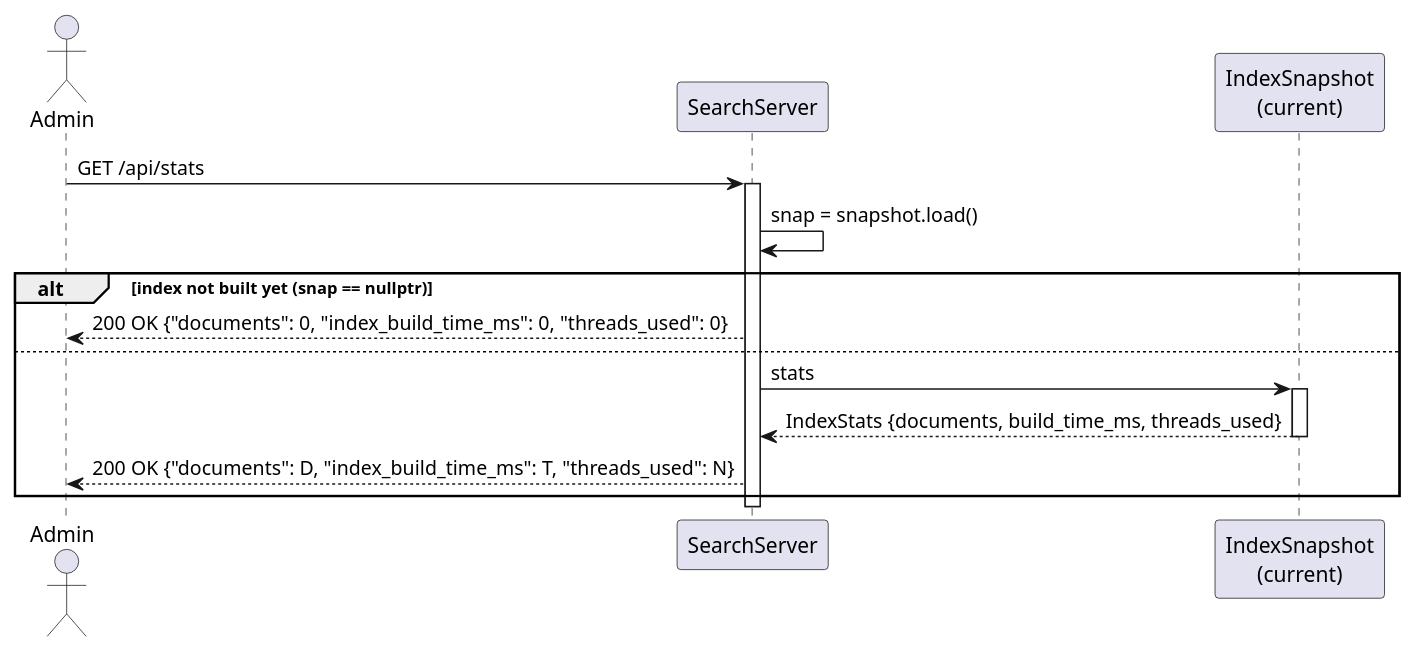
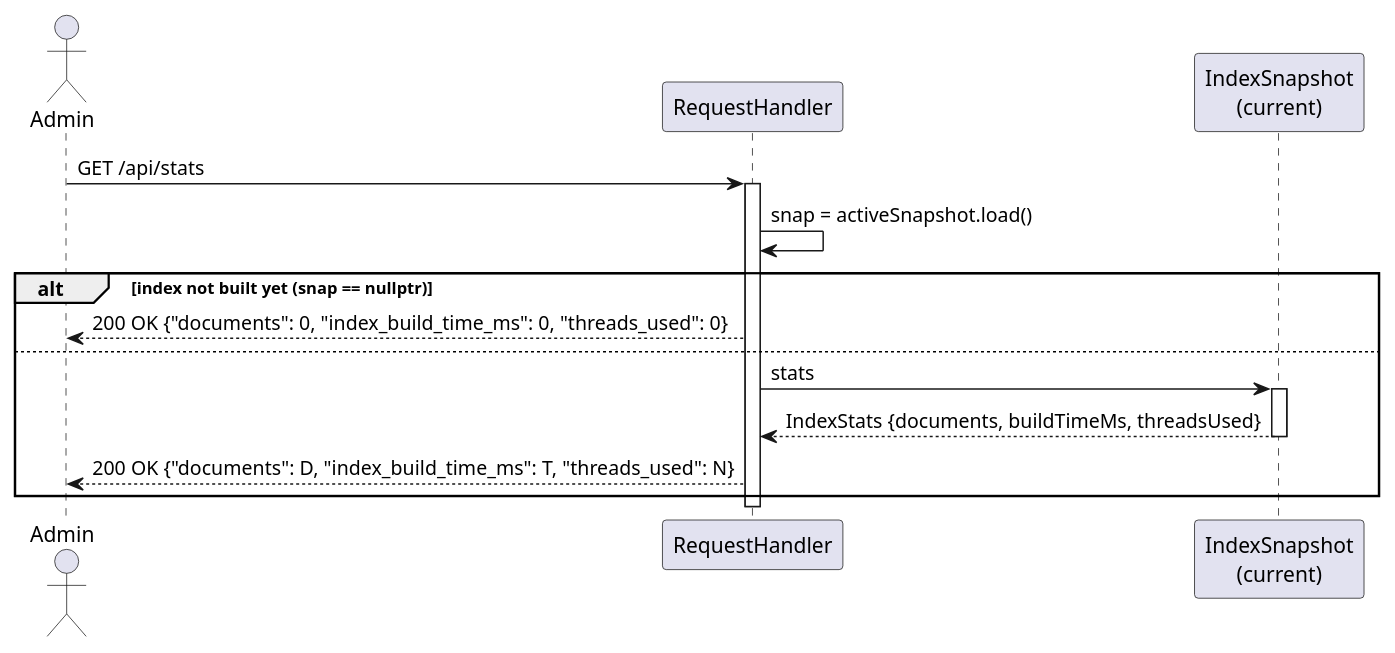
Before and after one commit to fannulain/Concurrent-Search-Engine: the diagram in docs/diagrams/md/sequence_diagram_stats.md, drawn with PlantUML. The commit also changed 11 other files, not shown here.

Commit message:
docs: sync UML class and sequence diagrams with final implementation

```diff
--- a/docs/diagrams/md/sequence_diagram_stats.md
+++ b/docs/diagrams/md/sequence_diagram_stats.md
@@ -1,19 +1,19 @@
 @startuml
 actor Admin
-participant "SearchServer" as Server
+participant "RequestHandler" as Handler
 participant "IndexSnapshot\n(current)" as Snap
 
-Admin -> Server : GET /api/stats
-activate Server
-Server -> Server : snap = snapshot.load()
+Admin -> Handler : GET /api/stats
+activate Handler
+Handler -> Handler : snap = activeSnapshot.load()
 alt index not built yet (snap == nullptr)
-    Server --> Admin : 200 OK {"documents": 0, "index_build_time_ms": 0, "threads_used": 0}
+    Handler --> Admin : 200 OK {"documents": 0, "index_build_time_ms": 0, "threads_used": 0}
 else
-    Server -> Snap : stats
+    Handler -> Snap : stats
     activate Snap
-    Snap --> Server : IndexStats {documents, build_time_ms, threads_used}
+    Snap --> Handler : IndexStats {documents, buildTimeMs, threadsUsed}
     deactivate Snap
-    Server --> Admin : 200 OK {"documents": D, "index_build_time_ms": T, "threads_used": N}
+    Handler --> Admin : 200 OK {"documents": D, "index_build_time_ms": T, "threads_used": N}
 end
-deactivate Server
+deactivate Handler
 @enduml
```
